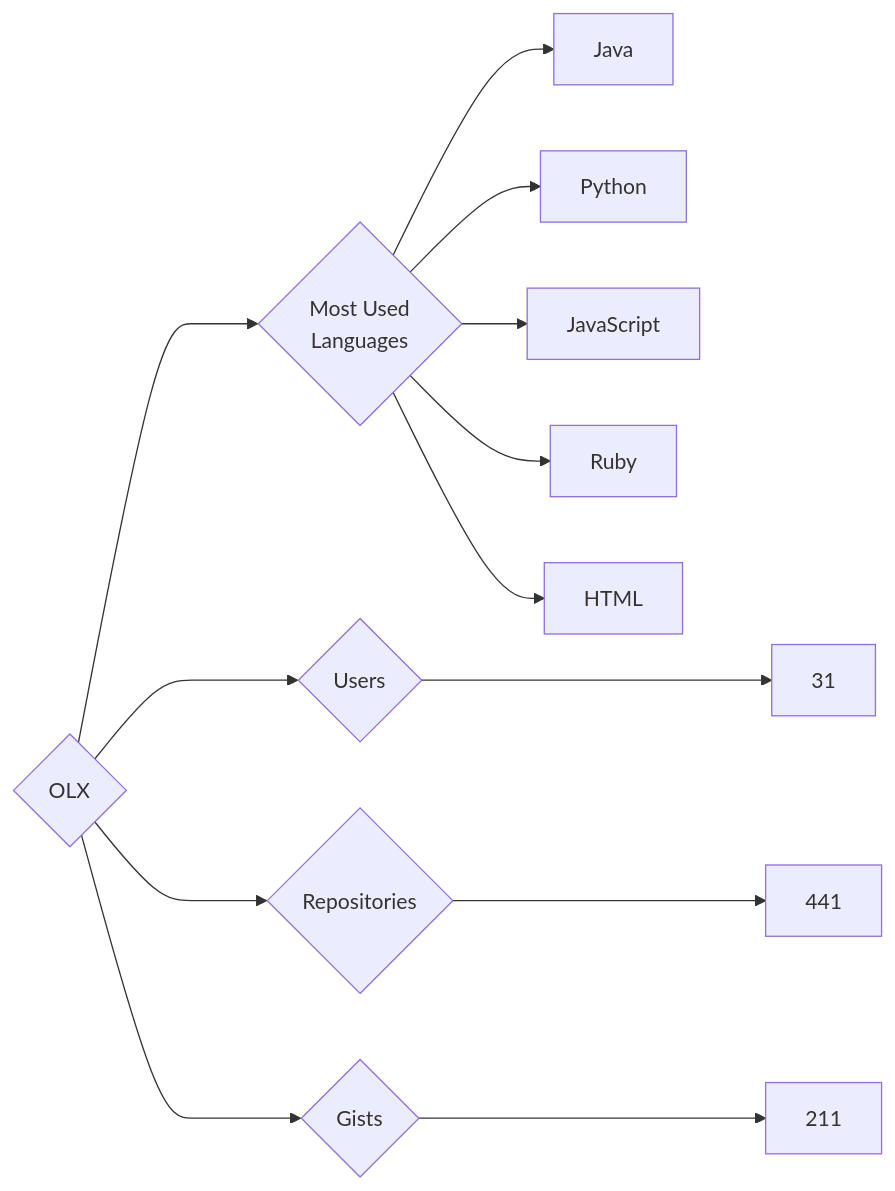
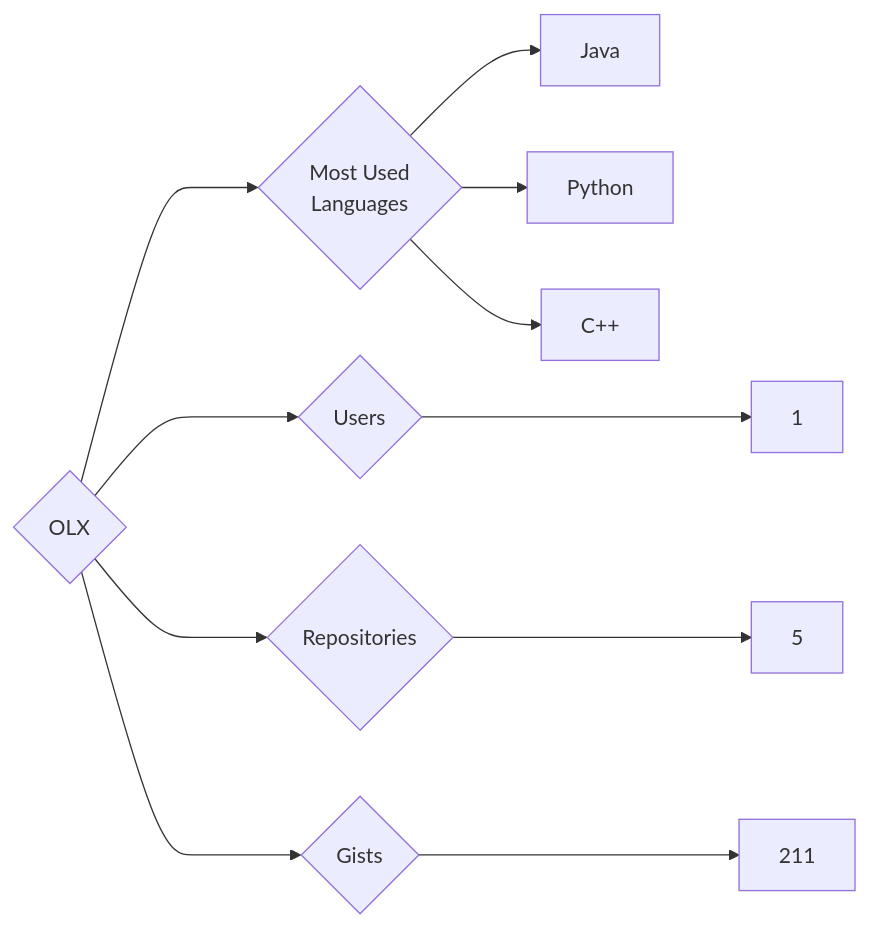
One commit to trickest/insiders changed the diagram in targets/OLX/README.md. Above: the diagram before and after it, drawn with Mermaid. The commit also changed 839 other files, not shown here.

````diff
--- a/targets/OLX/README.md
+++ b/targets/OLX/README.md
@@ -3,13 +3,11 @@
 ```mermaid
 graph LR
 COMPANY_NAME{OLX}
-COMPANY_NAME ---> U{Users} ---> UN[31]
-COMPANY_NAME ---> R{Repositories} ---> RN[441]
+COMPANY_NAME ---> U{Users} ---> UN[1]
+COMPANY_NAME ---> R{Repositories} ---> RN[5]
 COMPANY_NAME ---> G{Gists} ---> GN[211]
 COMPANY_NAME ---> ML{Most Used<br>Languages}
 ML --> Java[Java]
 ML --> Python[Python]
-ML --> JavaScript[JavaScript]
-ML --> Ruby[Ruby]
-ML --> HTML[HTML]
+ML --> C++[C++]
 ```
````
